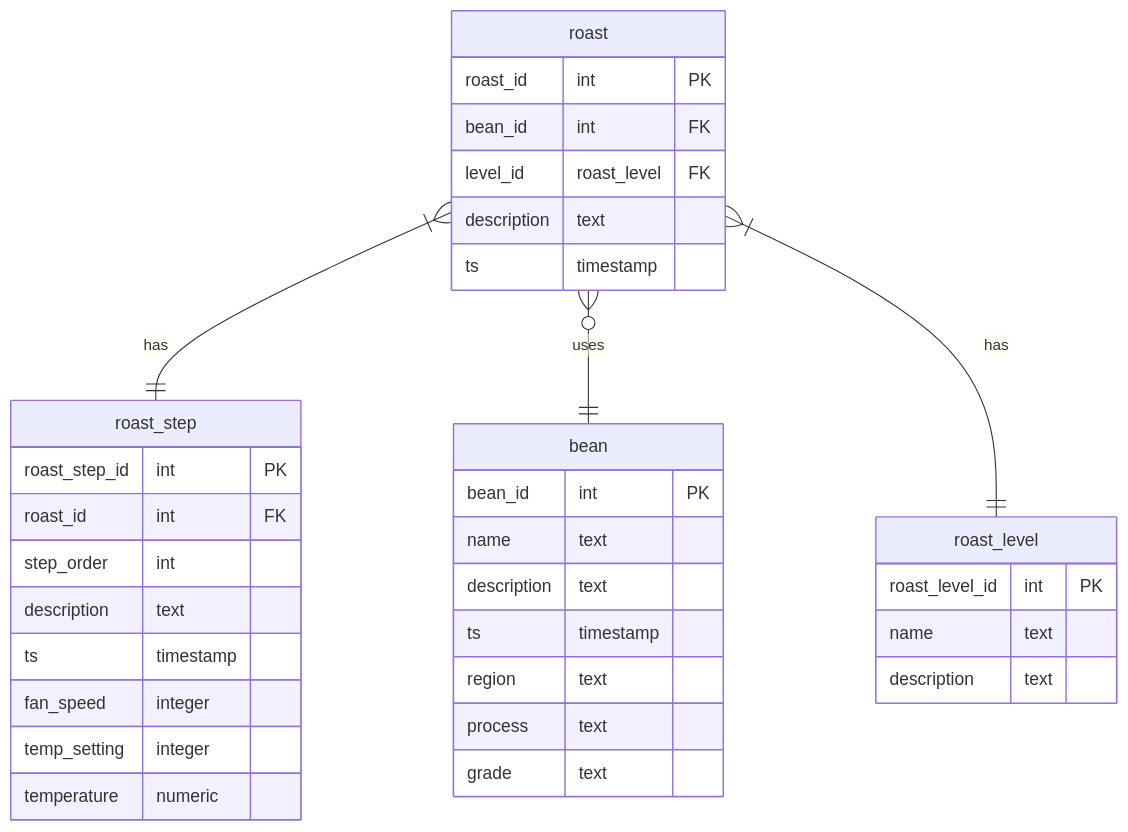
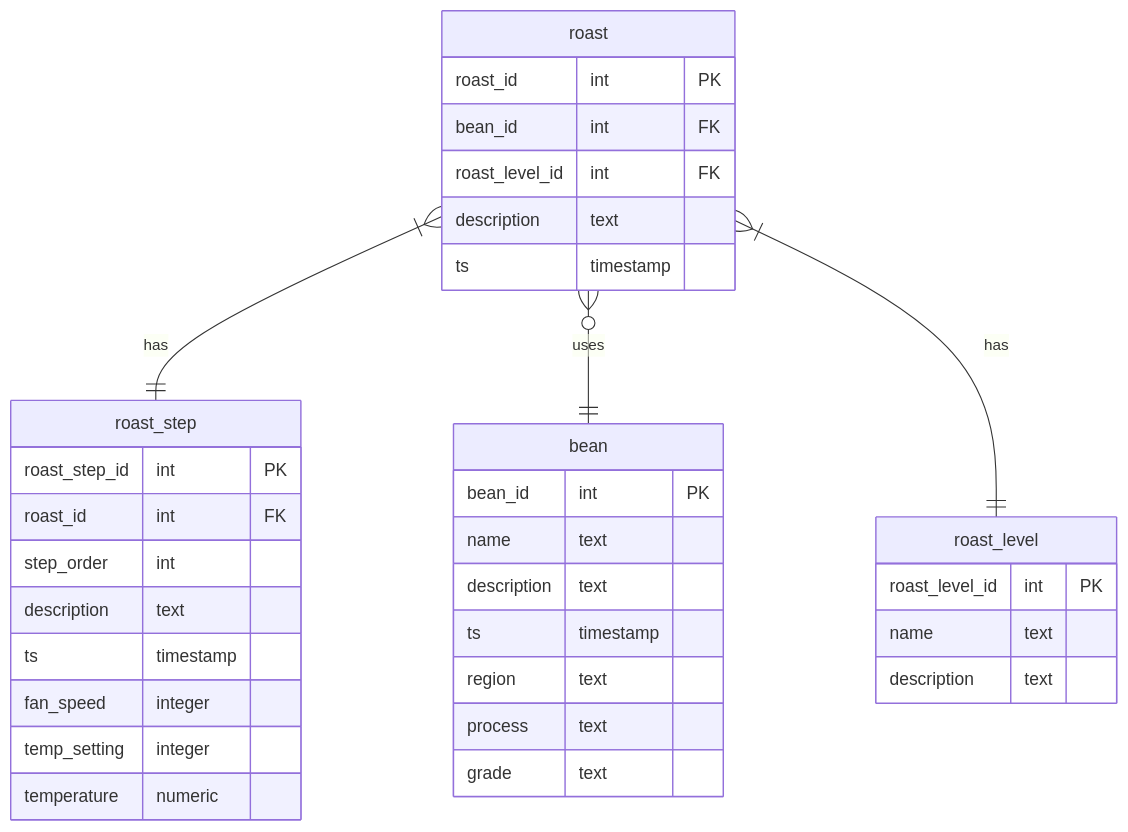
One commit to mcarlin/roasted changed the diagram in docs/data-model.md. Above: the diagram before and after it, drawn with Mermaid.

Commit message:
fix data model doc

````diff
--- a/docs/data-model.md
+++ b/docs/data-model.md
@@ -1,42 +1,42 @@
 ```mermaid
 erDiagram
     bean {
         bean_id int PK
         name text
         description text
         ts timestamp
         region text
         process text
         grade text
     }
 
     roast {
         roast_id int PK
         bean_id int FK
-        level_id roast_level FK
+        roast_level_id int FK
         description text
         ts timestamp
     }
 
     roast_step {
         roast_step_id int PK
         roast_id int FK
         step_order int
         description text
         
         ts timestamp
         fan_speed integer
         temp_setting integer
         temperature numeric
     }
 
     roast_level {
         roast_level_id int PK
         name text
         description text
     }
 
     roast }|--|| roast_step: has
     roast }o--|| bean: uses
     roast }|--|| roast_level: has
 ```
````
